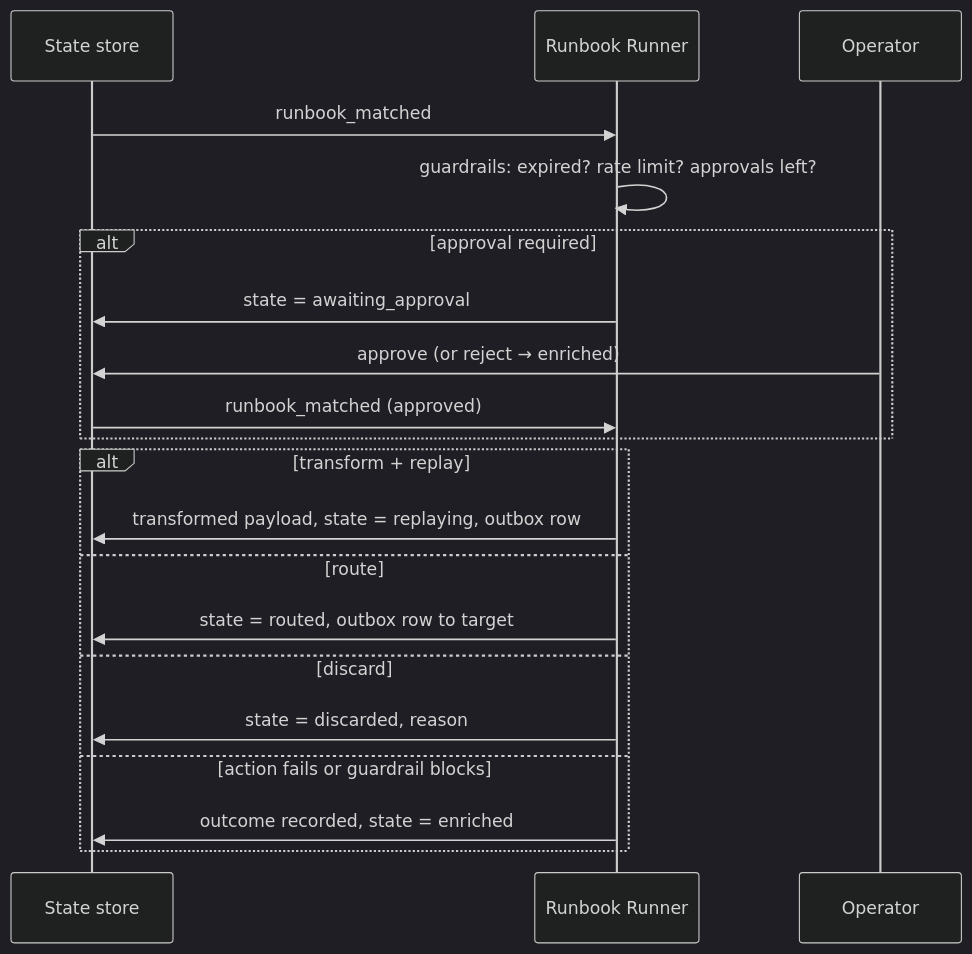
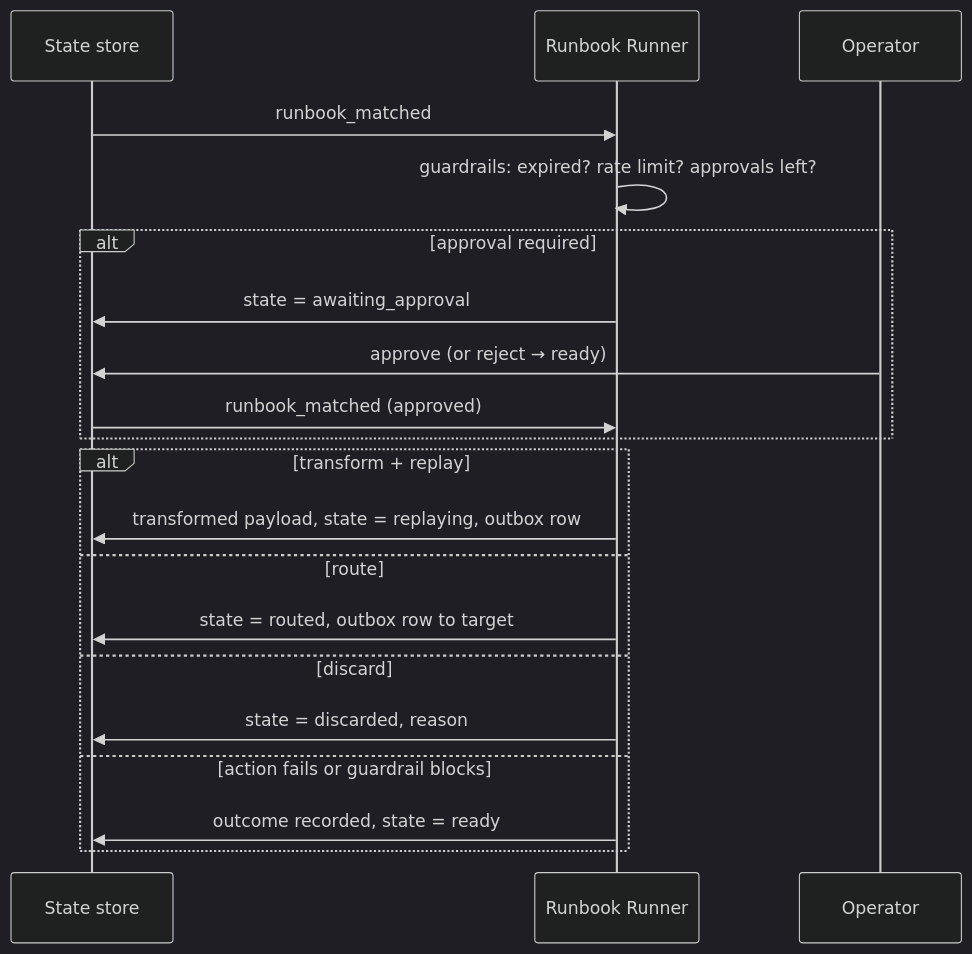
One commit to opendlq/OpenDLQ changed the seventh of 11 diagrams in docs/flows.md. Above: the diagram before and after it, drawn with Mermaid (dark theme). The commit also changed other lines of this file and 6 other files, not shown here.

First line of the commit message:
docs: rename the enriched state to ready

````diff
--- a/docs/flows.md
+++ b/docs/flows.md
@@ -167,22 +167,22 @@
 ```mermaid
 sequenceDiagram
     participant S as State store
     participant R as Runbook Runner
     participant Op as Operator
     S->>R: runbook_matched
     R->>R: guardrails: expired? rate limit? approvals left?
     alt approval required
         R->>S: state = awaiting_approval
-        Op->>S: approve (or reject → enriched)
+        Op->>S: approve (or reject → ready)
         S->>R: runbook_matched (approved)
     end
     alt transform + replay
         R->>S: transformed payload, state = replaying, outbox row
     else route
         R->>S: state = routed, outbox row to target
     else discard
         R->>S: state = discarded, reason
     else action fails or guardrail blocks
-        R->>S: outcome recorded, state = enriched
+        R->>S: outcome recorded, state = ready
     end
 ```
````
